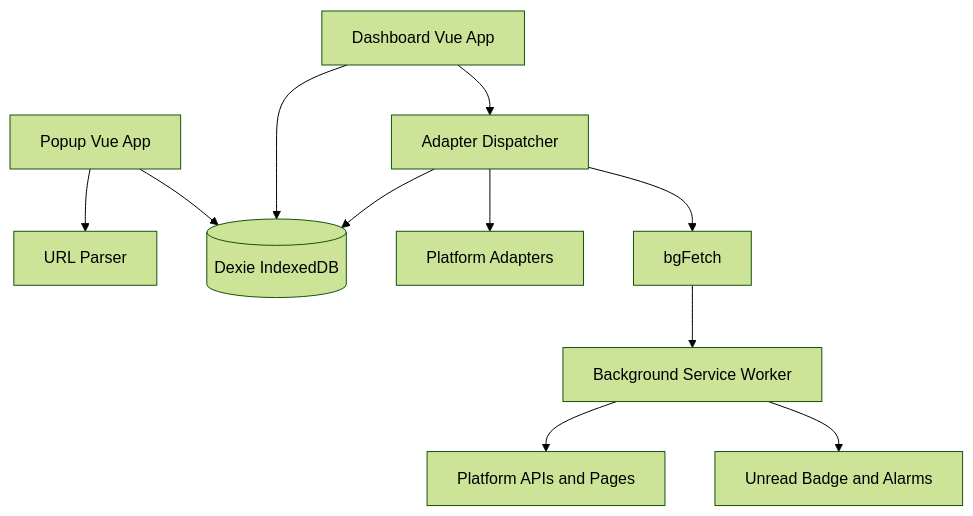
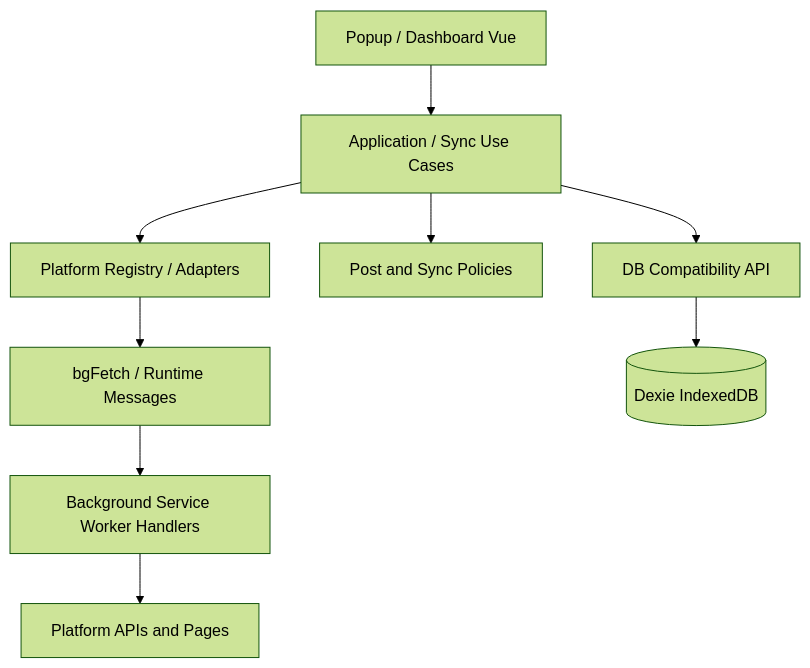
Before and after one commit to RoefQwQ/creator-feed-hub: the diagram in README.md, drawn with Mermaid (forest theme). The commit also changed other lines of this file and 42 other files, not shown here.

````diff
--- a/README.md
+++ b/README.md
@@ -93,13 +97,11 @@
 ```mermaid
 flowchart TB
-  Popup[Popup Vue App] --> Parser[URL Parser]
-  Popup --> DB[(Dexie IndexedDB)]
-  Dashboard[Dashboard Vue App] --> DB
-  Dashboard --> Adapters[Adapter Dispatcher]
-  Adapters --> Platforms[Platform Adapters]
-  Adapters --> DB
-  Adapters --> HTTP[bgFetch]
-  HTTP --> Background[Background Service Worker]
-  Background --> Web[Platform APIs and Pages]
-  Background --> Badge[Unread Badge and Alarms]
+  UI[Popup / Dashboard Vue] --> App[Application / Sync Use Cases]
+  App --> Platform[Platform Registry / Adapters]
+  App --> Domain[Post and Sync Policies]
+  App --> DB[DB Compatibility API]
+  Platform --> HTTP[bgFetch / Runtime Messages]
+  HTTP --> Runtime[Background Service Worker Handlers]
+  DB --> Dexie[(Dexie IndexedDB)]
+  Runtime --> Web[Platform APIs and Pages]
 ```
````
